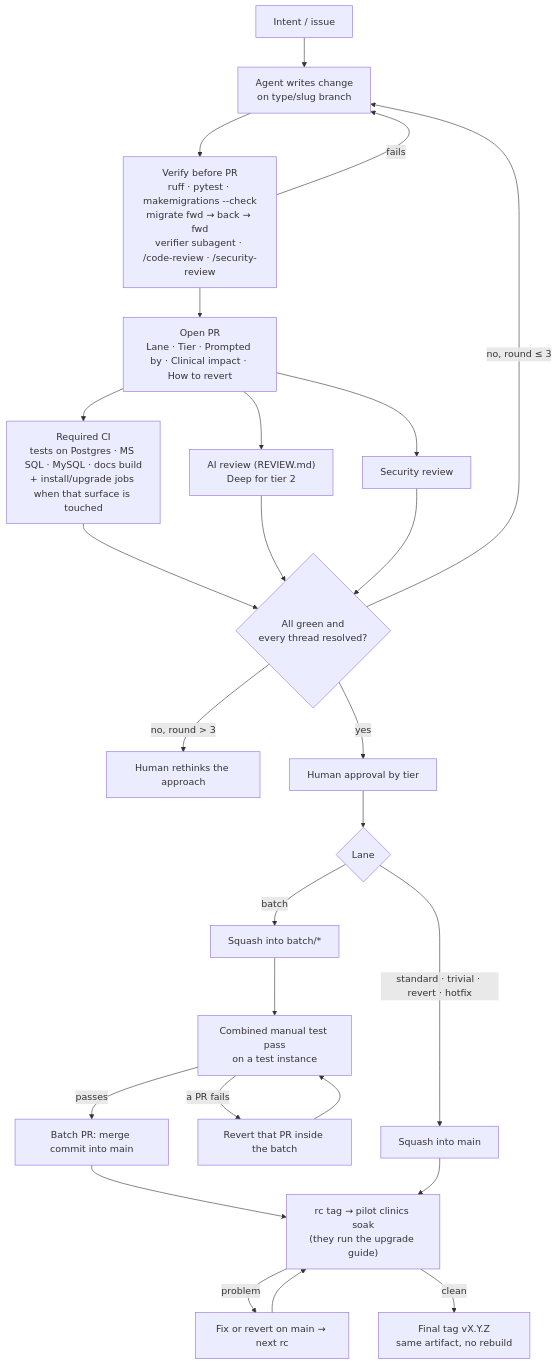
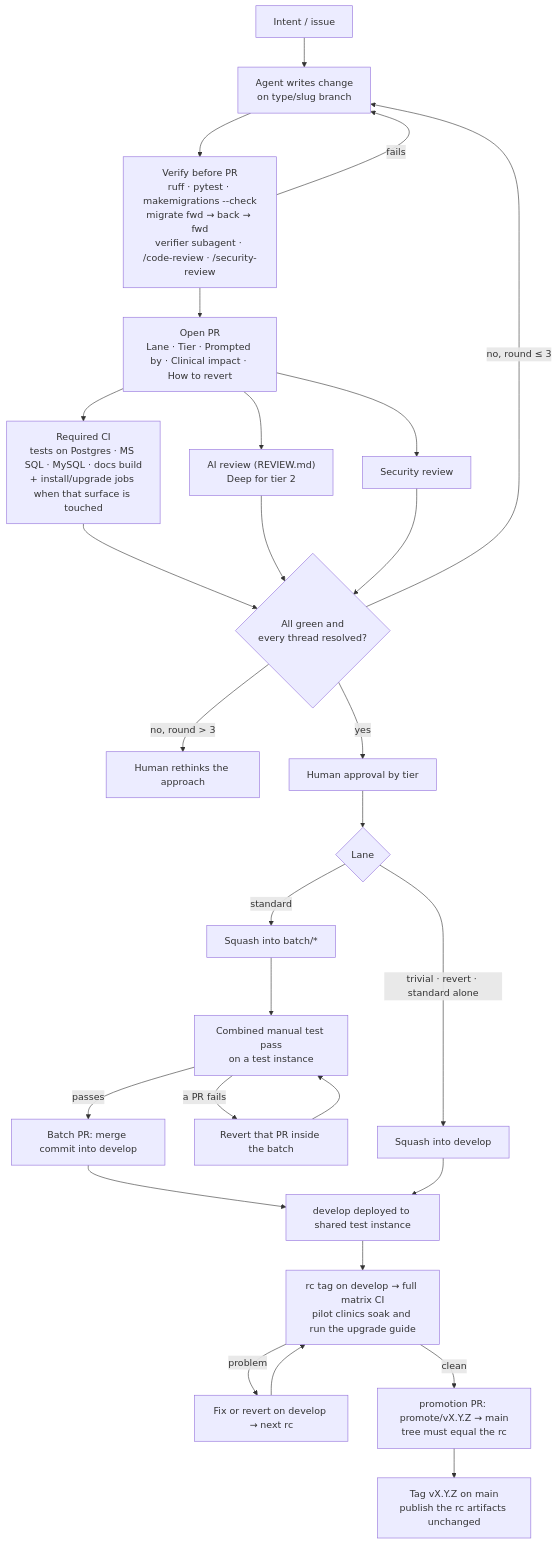
One commit to nsmela/qatrackplus changed the first of 5 diagrams in docs/agent-workflow/diagrams.md. Above: the diagram before and after it, drawn with Mermaid. The commit also changed other lines of this file and 2 other files, not shown here.

First line of the commit message:
Use develop for integration and main as the user-safe branch in notes

````diff
--- a/docs/agent-workflow/diagrams.md
+++ b/docs/agent-workflow/diagrams.md
@@ -7,28 +8,30 @@
 ```mermaid
 flowchart TD
     A["Intent / issue"] --> B["Agent writes change<br/>on type/slug branch"]
     B --> C["Verify before PR<br/>ruff · pytest · makemigrations --check<br/>migrate fwd → back → fwd<br/>verifier subagent · /code-review · /security-review"]
     C -->|fails| B
     C --> D["Open PR<br/>Lane · Tier · Prompted by · Clinical impact · How to revert"]
     D --> E["Required CI<br/>tests on Postgres · MS SQL · MySQL · docs build<br/>+ install/upgrade jobs when that surface is touched"]
     D --> F["AI review (REVIEW.md)<br/>Deep for tier 2"]
     D --> G["Security review"]
     E --> H{"All green and<br/>every thread resolved?"}
     F --> H
     G --> H
     H -->|no, round ≤ 3| B
     H -->|no, round > 3| X["Human rethinks the approach"]
     H -->|yes| I["Human approval by tier"]
     I --> J{"Lane"}
-    J -->|batch| K["Squash into batch/*"]
-    J -->|standard · trivial · revert · hotfix| L["Squash into main"]
+    J -->|standard| K["Squash into batch/*"]
+    J -->|trivial · revert · standard alone| L["Squash into develop"]
     K --> M["Combined manual test pass<br/>on a test instance"]
     M -->|a PR fails| R["Revert that PR inside the batch"]
     R --> M
-    M -->|passes| N["Batch PR: merge commit into main"]
-    N --> O["rc tag → pilot clinics soak<br/>(they run the upgrade guide)"]
-    L --> O
-    O -->|problem| P["Fix or revert on main → next rc"]
+    M -->|passes| N["Batch PR: merge commit into develop"]
+    N --> T["develop deployed to shared test instance"]
+    L --> T
+    T --> O["rc tag on develop → full matrix CI<br/>pilot clinics soak and run the upgrade guide"]
+    O -->|problem| P["Fix or revert on develop → next rc"]
     P --> O
-    O -->|clean| Q["Final tag vX.Y.Z<br/>same artifact, no rebuild"]
+    O -->|clean| Q["promotion PR: promote/vX.Y.Z → main<br/>tree must equal the rc"]
+    Q --> Z["Tag vX.Y.Z on main<br/>publish the rc artifacts unchanged"]
 ```
````
